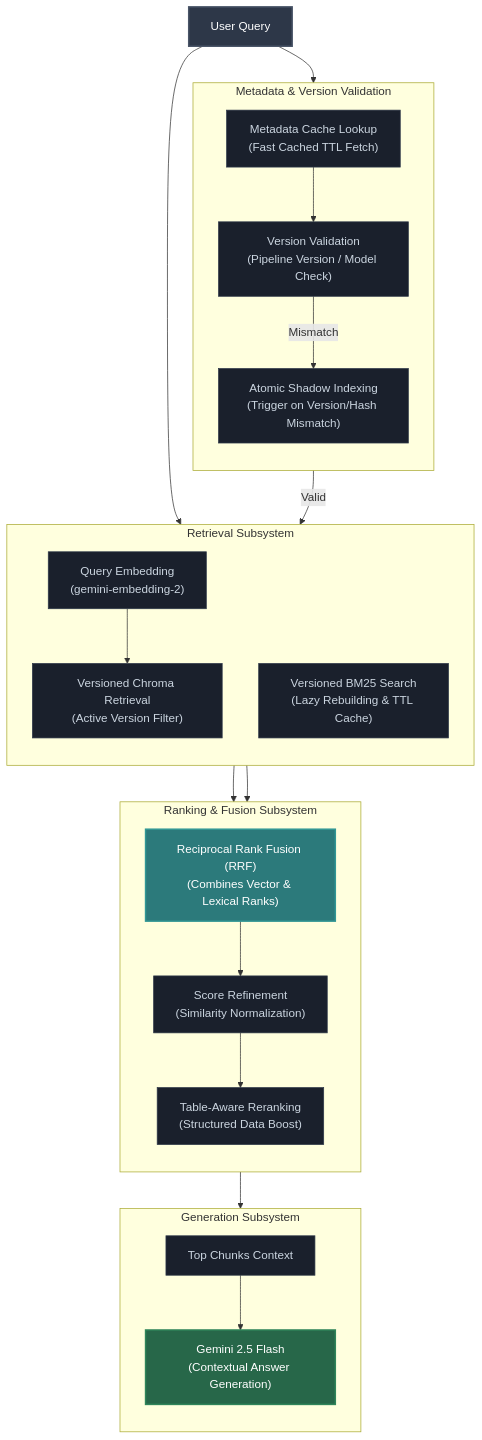
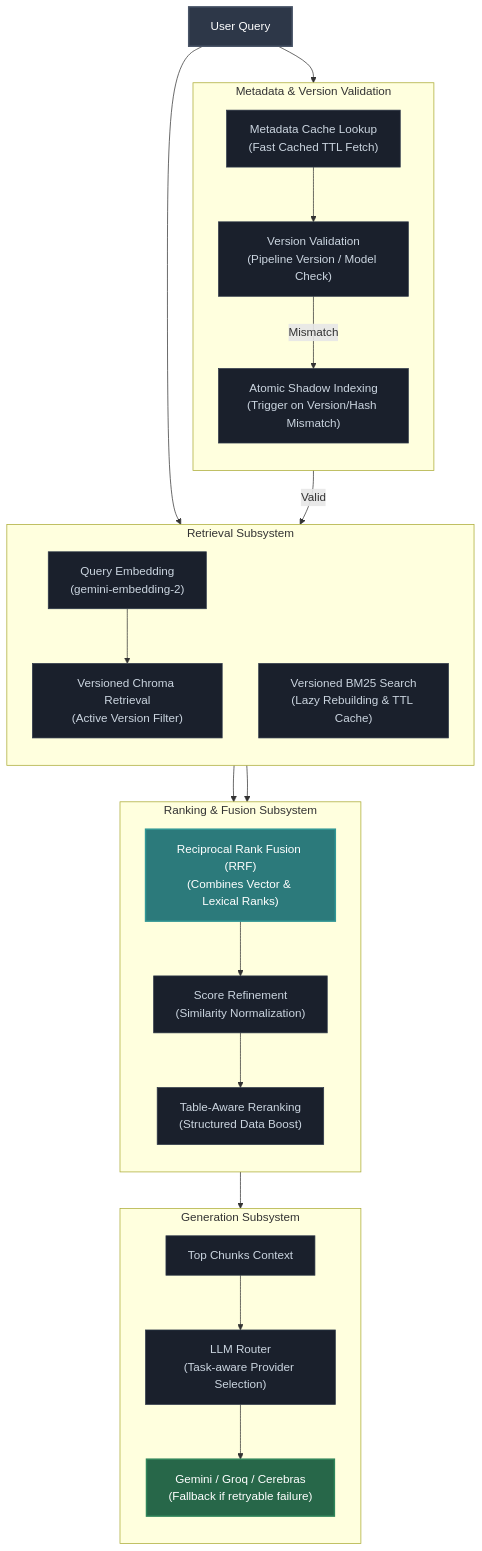
Before and after one commit to SmartDocQ/SmartDocQ: the fourth of 4 diagrams in backend/README.md, drawn with Mermaid. The commit also changed other lines of this file and 14 other files, not shown here.

````diff
--- a/backend/README.md
+++ b/backend/README.md
@@ -102,53 +160,55 @@
 ```mermaid
 graph TD
     %% Styles
     classDef query fill:#2d3748,stroke:#4a5568,stroke-width:2px,color:#fff;
     classDef process fill:#1a202c,stroke:#2d3748,stroke-width:1px,color:#cbd5e0;
     classDef fusion fill:#2c7a7b,stroke:#319795,stroke-width:2px,color:#fff;
     classDef output fill:#276749,stroke:#2f855a,stroke-width:2px,color:#fff;
 
     Query["User Query"]:::query
 
     subgraph Validation_Subsystem ["Metadata & Version Validation"]
         direction TB
         MetaCheck["Metadata Cache Lookup<br/>(Fast Cached TTL Fetch)"]:::process
         VersionCheck["Version Validation<br/>(Pipeline Version / Model Check)"]:::process
         Reindex["Atomic Shadow Indexing<br/>(Trigger on Version/Hash Mismatch)"]:::process
     end
 
     subgraph Retrieval_Subsystem ["Retrieval Subsystem"]
         direction TB
         Embed["Query Embedding<br/>(gemini-embedding-2)"]:::process
         VectorSearch["Versioned Chroma Retrieval<br/>(Active Version Filter)"]:::process
         BM25Search["Versioned BM25 Search<br/>(Lazy Rebuilding & TTL Cache)"]:::process
     end
 
     subgraph Ranking_Subsystem ["Ranking & Fusion Subsystem"]
         direction TB
         RRF["Reciprocal Rank Fusion (RRF)<br/>(Combines Vector & Lexical Ranks)"]:::fusion
         Refine["Score Refinement<br/>(Similarity Normalization)"]:::process
         TableBoost["Table-Aware Reranking<br/>(Structured Data Boost)"]:::process
     end
 
     subgraph Generation_Subsystem ["Generation Subsystem"]
         direction TB
         Context["Top Chunks Context"]:::process
-        Gemini["Gemini 2.5 Flash<br/>(Contextual Answer Generation)"]:::output
+        Router["LLM Router<br/>(Task-aware Provider Selection)"]:::process
+        Providers["Gemini / Groq / Cerebras<br/>(Fallback if retryable failure)"]:::output
     end
 
     %% Flow Connections
     Query --> MetaCheck
     MetaCheck --> VersionCheck
     VersionCheck -->|Mismatch| Reindex
     VersionCheck -->|Valid| Embed
     Query --> BM25Search
     
     Embed --> VectorSearch
     VectorSearch --> RRF
     BM25Search --> RRF
     
     RRF --> Refine
     Refine --> TableBoost
     TableBoost --> Context
-    Context --> Gemini
+    Context --> Router
+    Router --> Providers
 ```
````
